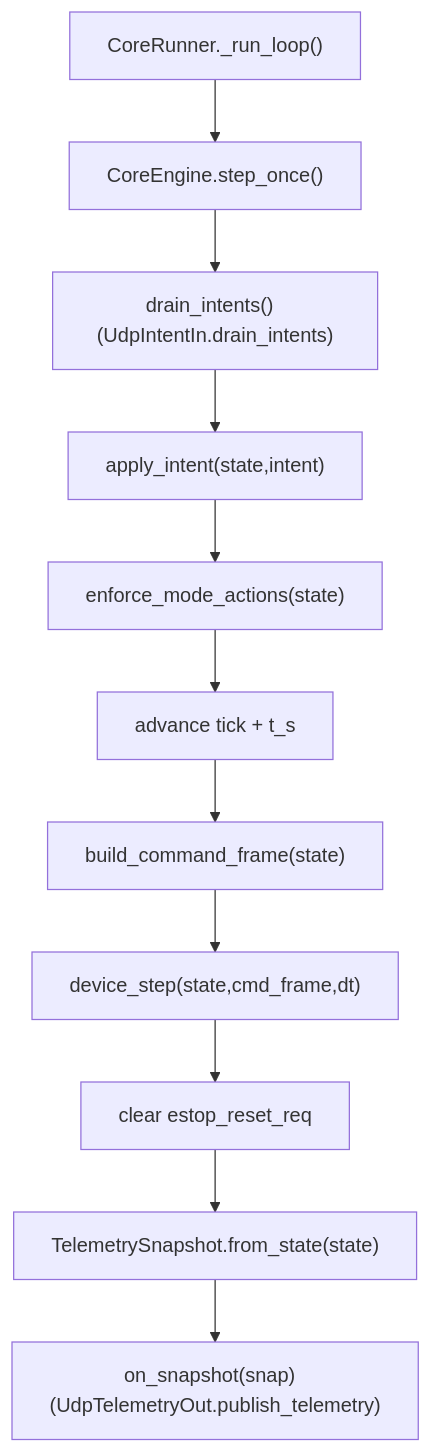
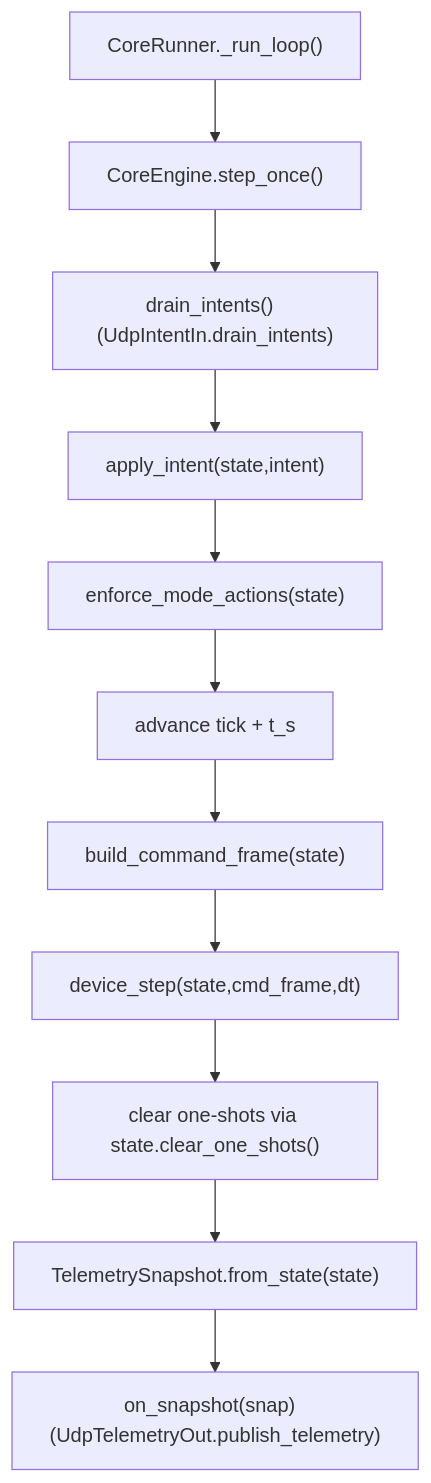
Diagram 18 of 20 in docs/steuerung3d_structure_graph.md (martburg/qt_panda_spike_repo), drawn with Mermaid before and after one commit. The commit also changed other lines of this file and 5 other files, not shown here.

````diff
--- a/docs/steuerung3d_structure_graph.md
+++ b/docs/steuerung3d_structure_graph.md
@@ -774,18 +773,18 @@
 ```mermaid
 flowchart TD
   R["CoreRunner._run_loop()"]
   E["CoreEngine.step_once()"]
 
   A["drain_intents()  (UdpIntentIn.drain_intents)"]
   B["apply_intent(state,intent)"]
   C["enforce_mode_actions(state)"]
   D["advance tick + t_s"]
   F["build_command_frame(state)"]
   G["device_step(state,cmd_frame,dt)"]
-  H["clear estop_reset_req"]
+  H["clear one-shots via state.clear_one_shots()"]
   I["TelemetrySnapshot.from_state(state)"]
   J["on_snapshot(snap)  (UdpTelemetryOut.publish_telemetry)"]
 
   R --> E
   E --> A --> B --> C --> D --> F --> G --> H --> I --> J
   ```
````
